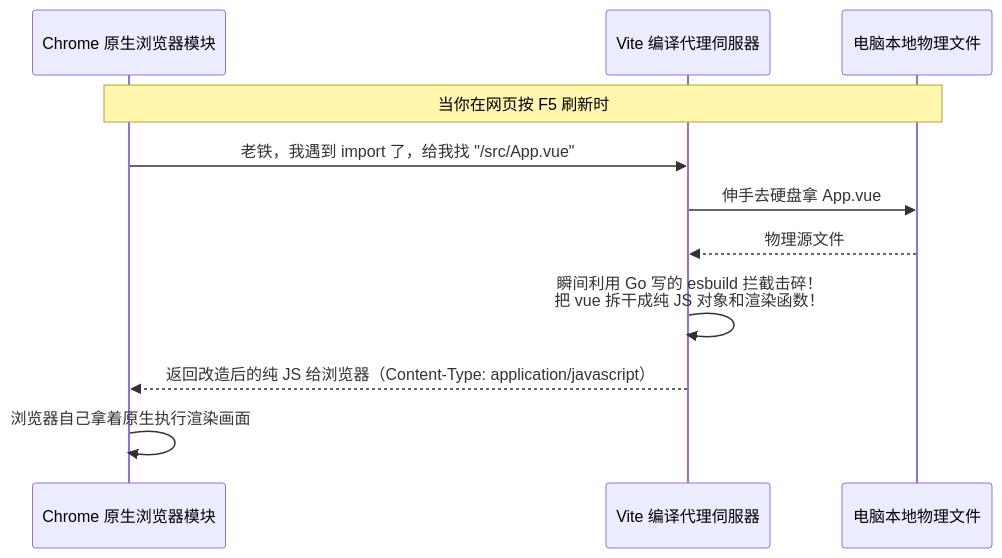
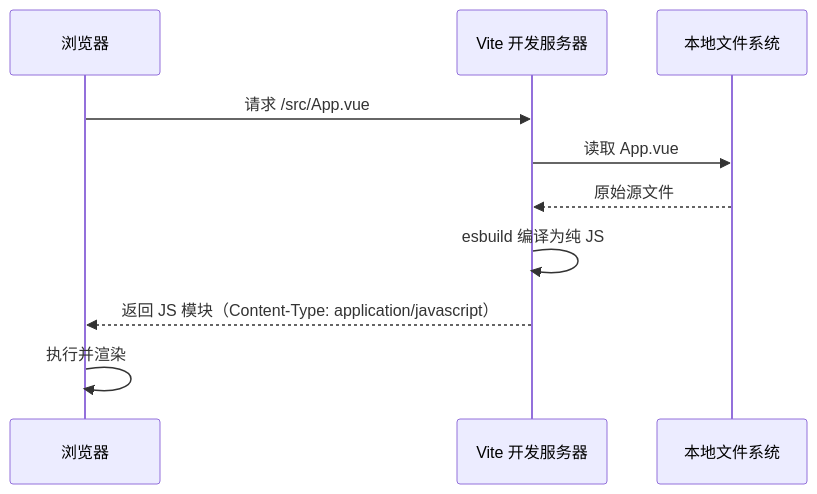
The diagram in docs/posts/Vue3/11_Ecosystem_and_Future.md (briefness/LZYBlog), drawn with Mermaid before and after one commit. The commit also changed other lines of this file and 19 other files, not shown here.

Commit message:
docs: update and standardize content across Agent and Vue3 documentation series

````diff
--- a/docs/posts/Vue3/11_Ecosystem_and_Future.md
+++ b/docs/posts/Vue3/11_Ecosystem_and_Future.md
@@ -18,17 +15,13 @@
 ```mermaid
 sequenceDiagram
-    participant B as Chrome 原生浏览器模块
-    participant S as Vite 编译代理伺服器
-    participant F as 电脑本地物理文件
+    participant B as 浏览器
+    participant S as Vite 开发服务器
+    participant F as 本地文件系统
 
-    note over B, F: 当你在网页按 F5 刷新时
-    B->>S: 老铁，我遇到 import 了，给我找 "/src/App.vue"
-    
-    S->>F: 伸手去硬盘拿 App.vue
-    F-->>S: 物理源文件
-    
-    S->>S: 瞬间利用 Go 写的 esbuild 拦截击碎！<br/>把 vue 拆干成纯 JS 对象和渲染函数！
-    
-    S-->>B: 返回改造后的纯 JS 给浏览器（Content-Type: application/javascript）
-    B->>B: 浏览器自己拿着原生执行渲染画面
+    B->>S: 请求 /src/App.vue
+    S->>F: 读取 App.vue
+    F-->>S: 原始源文件
+    S->>S: esbuild 编译为纯 JS
+    S-->>B: 返回 JS 模块（Content-Type: application/javascript）
+    B->>B: 执行并渲染
 ```
````
